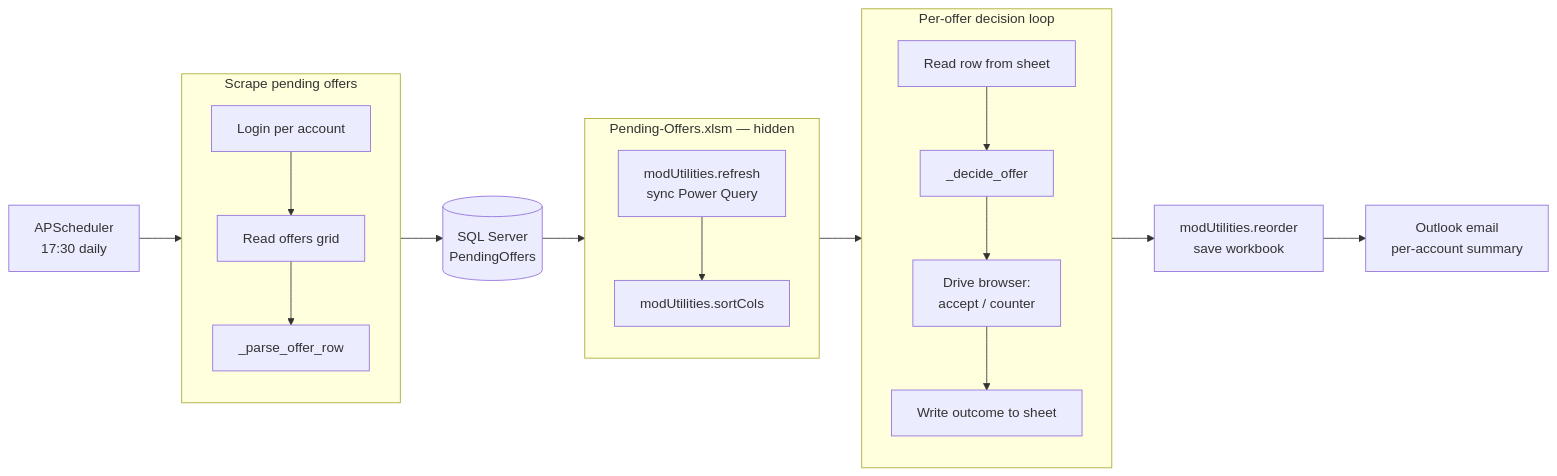
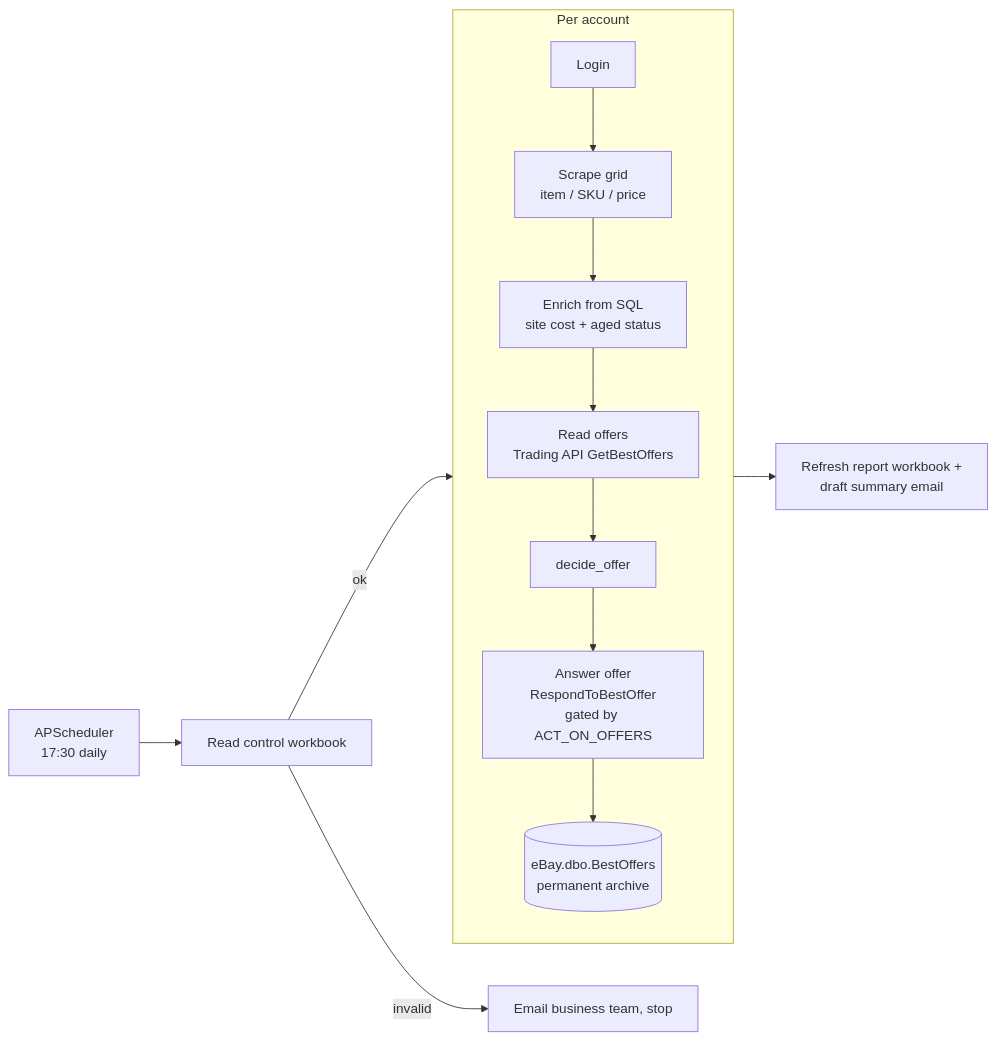
The diagram in README.md (dominicci13/ebay-best-offers), drawn with Mermaid before and after one commit. The commit also changed other lines of this file and 15 other files, not shown here.

First line of the commit message:
feat: answer best offers via Trading API

````diff
--- a/README.md
+++ b/README.md
@@ -24,30 +45,18 @@
 ```mermaid
 flowchart LR
-    sched[APScheduler<br/>17:30 daily] --> scrape
+    sched[APScheduler<br/>17:30 daily] --> settings
+    settings[Read control workbook] -->|invalid| stop[Email business team, stop]
+    settings -->|ok| loop
 
-    subgraph scrape[Scrape pending offers]
+    subgraph loop[Per account]
         direction TB
-        login[Login per account] --> grid[Read offers grid]
-        grid --> parse[_parse_offer_row]
+        login[Login] --> scrape[Scrape grid<br/>item / SKU / price]
+        scrape --> enrich[Enrich from SQL<br/>site cost + aged status]
+        enrich --> read[Read offers<br/>Trading API GetBestOffers]
+        read --> decide[decide_offer]
+        decide --> respond[Answer offer<br/>RespondToBestOffer<br/>gated by ACT_ON_OFFERS]
+        respond --> store[(eBay.dbo.BestOffers<br/>permanent archive)]
     end
 
-    parse --> db[(SQL Server<br/>PendingOffers)]
-    db --> wb
-
-    subgraph wb[Pending-Offers.xlsm — hidden]
-        direction TB
-        refresh[modUtilities.refresh<br/>sync Power Query] --> sort[modUtilities.sortCols]
-    end
-
-    sort --> decide
-
-    subgraph decide[Per-offer decision loop]
-        direction TB
-        read[Read row from sheet] --> rule[_decide_offer]
-        rule --> act[Drive browser:<br/>accept / counter]
-        act --> write[Write outcome to sheet]
-    end
-
-    write --> finalize[modUtilities.reorder<br/>save workbook]
-    finalize --> email[Outlook email<br/>per-account summary]
+    store --> report[Refresh report workbook +<br/>draft summary email]
 ```
````
